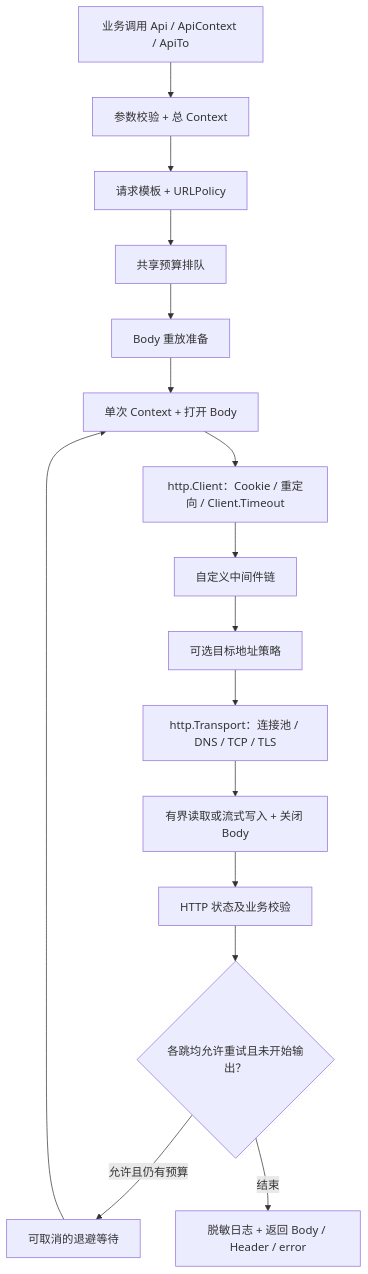
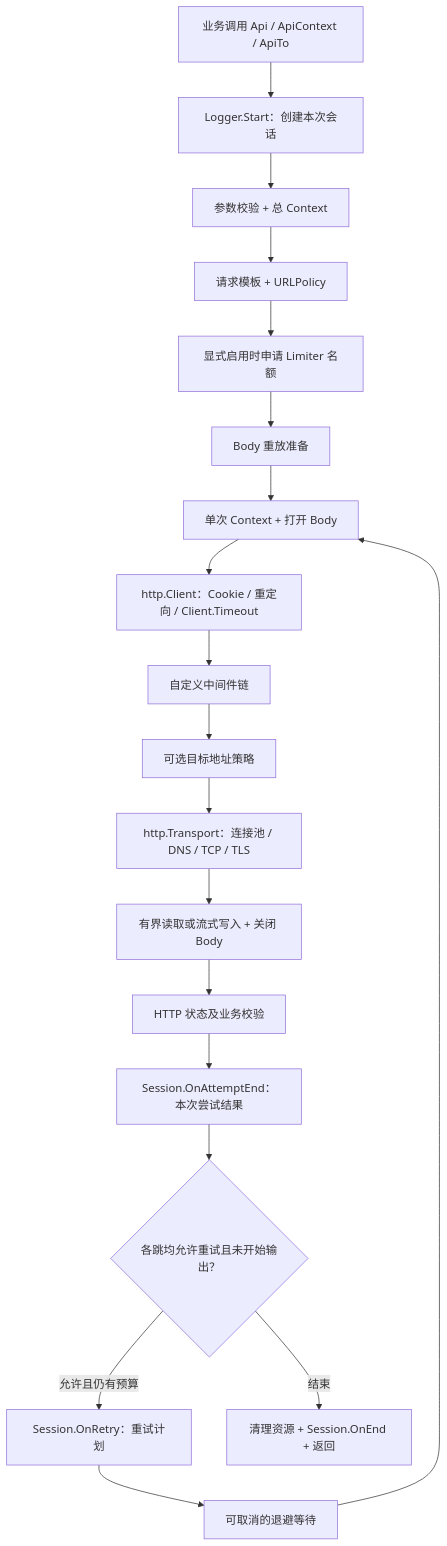
The diagram in docs/功能与架构.md (dhlanshan/requests), drawn with Mermaid before and after one commit. The commit also changed other lines of this file and 29 other files, not shown here.

````diff
--- a/docs/功能与架构.md
+++ b/docs/功能与架构.md
@@ -285,18 +291,21 @@
 ```mermaid
 flowchart TD
-    A["业务调用 Api / ApiContext / ApiTo"] --> B["参数校验 + 总 Context"]
+    A["业务调用 Api / ApiContext / ApiTo"] --> S["Logger.Start：创建本次会话"]
+    S --> B["参数校验 + 总 Context"]
     B --> C["请求模板 + URLPolicy"]
-    C --> Q["共享预算排队"]
+    C --> Q["显式启用时申请 Limiter 名额"]
     Q --> P["Body 重放准备"]
     P --> D["单次 Context + 打开 Body"]
     D --> E["http.Client：Cookie / 重定向 / Client.Timeout"]
     E --> F["自定义中间件链"]
     F --> G["可选目标地址策略"]
     G --> H["http.Transport：连接池 / DNS / TCP / TLS"]
     H --> I["有界读取或流式写入 + 关闭 Body"]
     I --> J["HTTP 状态及业务校验"]
-    J --> K{"各跳均允许重试且未开始输出？"}
-    K -->|"允许且仍有预算"| L["可取消的退避等待"]
+    J --> N["Session.OnAttemptEnd：本次尝试结果"]
+    N --> K{"各跳均允许重试且未开始输出？"}
+    K -->|"允许且仍有预算"| R["Session.OnRetry：重试计划"]
+    R --> L["可取消的退避等待"]
     L --> D
-    K -->|"结束"| M["脱敏日志 + 返回 Body / Header / error"]
+    K -->|"结束"| M["清理资源 + Session.OnEnd + 返回"]
 ```
````
